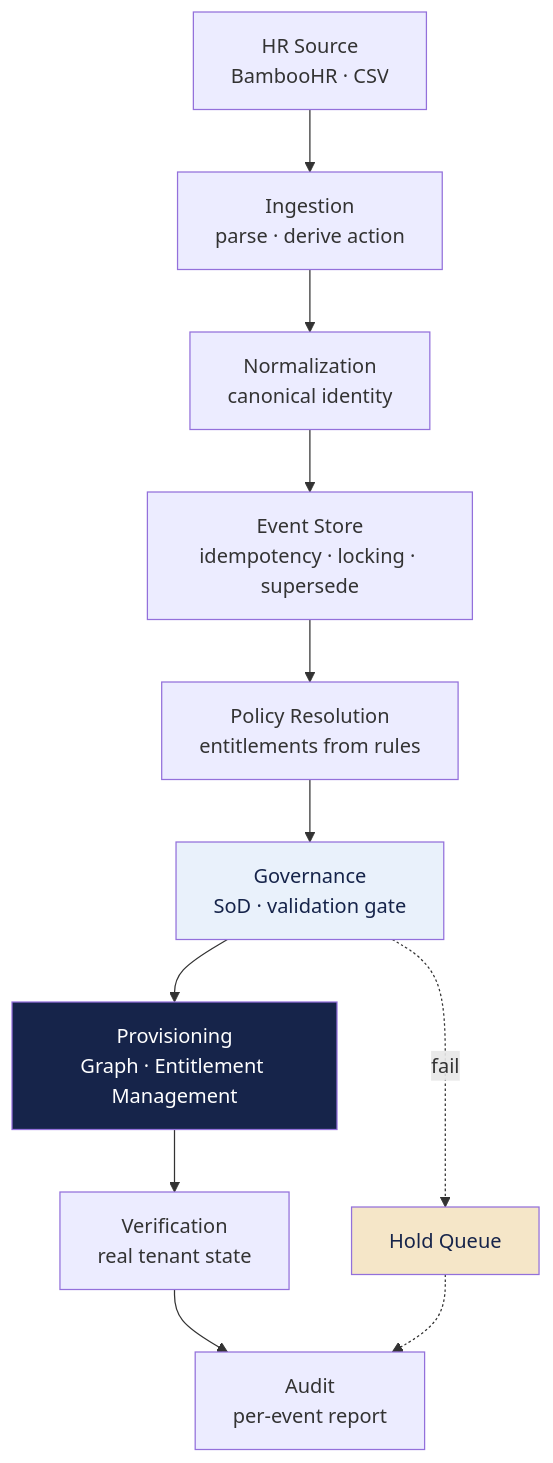
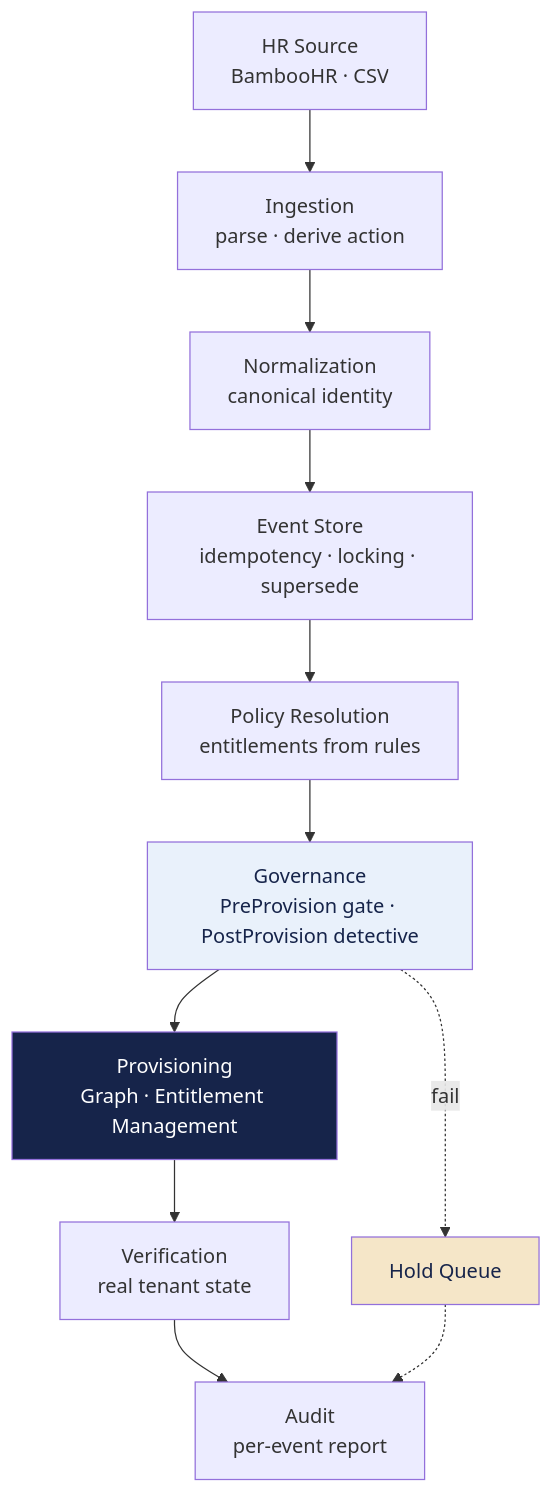
Before and after one commit to donhenzo/JML-EnigneV2: the first of 9 diagrams in Architecture.md, drawn with Mermaid. The commit also changed other lines of this file and 6 other files, not shown here.

````diff
--- a/Architecture.md
+++ b/Architecture.md
@@ -68,21 +70,21 @@
 ```mermaid
 flowchart TD
     HR["HR Source<br/>BambooHR · CSV"]
     ING["Ingestion<br/>parse · derive action"]
     NORM["Normalization<br/>canonical identity"]
     EVT["Event Store<br/>idempotency · locking · supersede"]
     POL["Policy Resolution<br/>entitlements from rules"]
-    GOV["Governance<br/>SoD · validation gate"]
+    GOV["Governance<br/>PreProvision gate · PostProvision detective"]
     PROV["Provisioning<br/>Graph · Entitlement Management"]
     VER["Verification<br/>real tenant state"]
     AUD["Audit<br/>per-event report"]
 
     HR --> ING --> NORM --> EVT --> POL --> GOV --> PROV --> VER --> AUD
 
     GOV -.fail.-> HOLD["Hold Queue"]
     HOLD -.-> AUD
 
     style PROV fill:#16244A,color:#ffffff
     style HOLD fill:#F5E6C8,color:#16244A
     style GOV fill:#E9F1FB,color:#16244A
 ```
````
